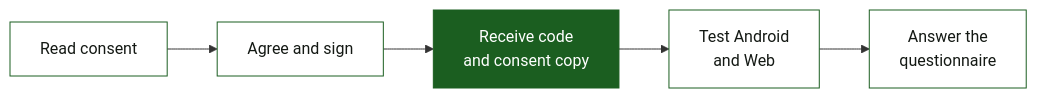
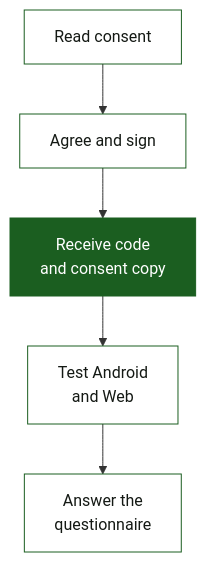
Before and after one commit to KuraiKutsuki/MerkadoGOForms: the diagram in README.md, drawn with Mermaid.

Commit message:
docs: make participant diagram readable on phones

````diff
--- a/README.md
+++ b/README.md
@@ -29,12 +29,12 @@
 ```mermaid
-flowchart LR
+flowchart TD
     A[Read consent] --> B[Agree and sign]
     B --> C[Receive code<br/>and consent copy]
     C --> D[Test Android<br/>and Web]
     D --> E[Answer the<br/>questionnaire]
 
     classDef step fill:#FFFFFF,stroke:#1B5E20,color:#141914,stroke-width:1px;
     classDef emphasis fill:#1B5E20,stroke:#1B5E20,color:#FFFFFF;
     class A,B,D,E step;
     class C emphasis;
 ```
````
